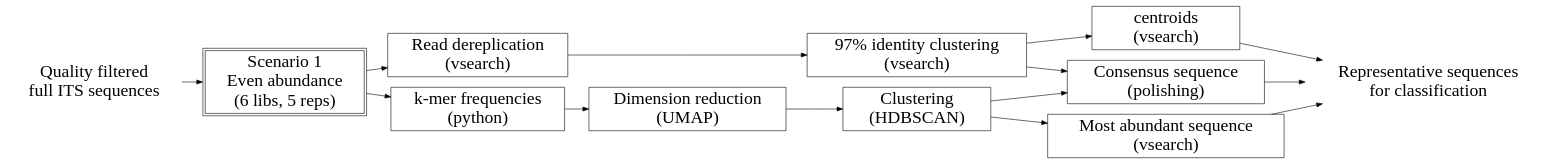
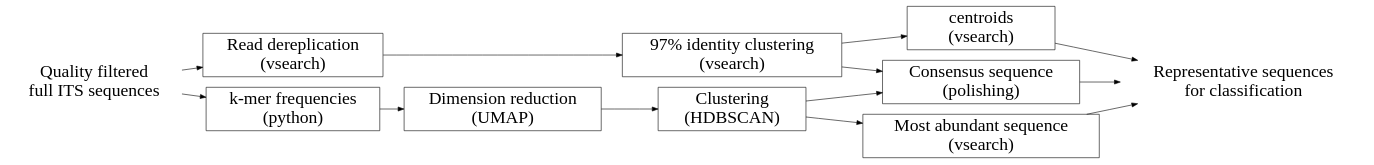
Before and after one commit to aringeri/long-read-ITS-metabarcoding-thesis: the second of 3 diagrams in reports/masters/thesis/05-Methods.Rmd, drawn with Graphviz. The commit also changed other lines of this file and 11 other files, not shown here.

````diff
--- a/reports/masters/thesis/05-Methods.Rmd
+++ b/reports/masters/thesis/05-Methods.Rmd
@@ -172,51 +63,48 @@
 ```{dot}
 //| fig-width: 6.5
 //| fig-height: 1
 digraph {
   graph [layout = dot, rankdir = LR, fontsize="50"]
 
   node [shape = rectangle, peripheries=1, fontsize="30", width=3.5]
 
   subgraph {
     subgraph A {
       derep [ label = "Read dereplication\n(vsearch)" ]
       vsearch [ label = "97% identity clustering\n(vsearch)" ]
     }
     subgraph B {
       kmer [ label = "k-mer frequencies\n(python)" ]
       umap [ label = "Dimension reduction\n(UMAP)" ]
       hdbscan [ label = "Clustering\n(HDBSCAN)" ]
     }
   }
   subgraph {
     rank = same
     mostA [ label = "Most abundant sequence\n(vsearch)" ]
     consA [ label = "Consensus sequence\n(polishing)" ]
     centr [ label = "centroids\n(vsearch)" ]
 
   }
 
-  node [shape = rectangle, peripheries=2]
-  subs [label = "Scenario 1\nEven abundance\n(6 libs, 5 reps)"]
-
   node [shape = plaintext, peripheries=0]
   qc [label = "Quality filtered\nfull ITS sequences"]
 
   reps [label = "Representative sequences\nfor classification" ]
 
   # edge definitions with the node IDs
   edge [ fontsize = "20"]
-  qc -> subs
-  subs -> derep -> vsearch
-  subs -> kmer -> umap -> hdbscan -> mostA
+  
+  qc -> derep -> vsearch
+  qc -> kmer -> umap -> hdbscan -> mostA
   hdbscan -> consA
   vsearch -> consA
 
   vsearch -> centr -> reps
   consA -> reps
   mostA -> reps
   #vsearch -> dnabarcoder [ label = "centroids" ]
   #mostA -> dnabarcoder [ label = "most abundant" ]
   #unite -> dnabarcoder
   }
 ```
````
